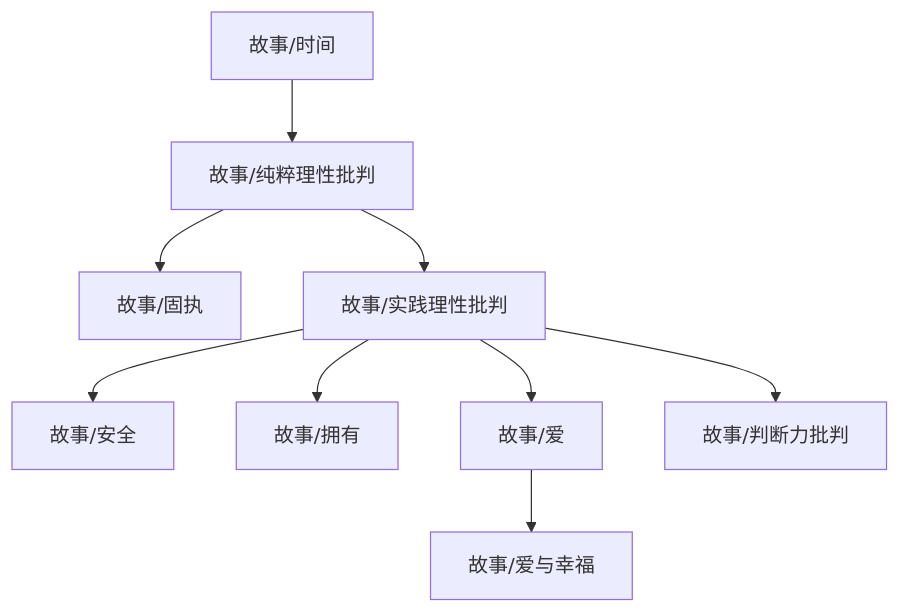
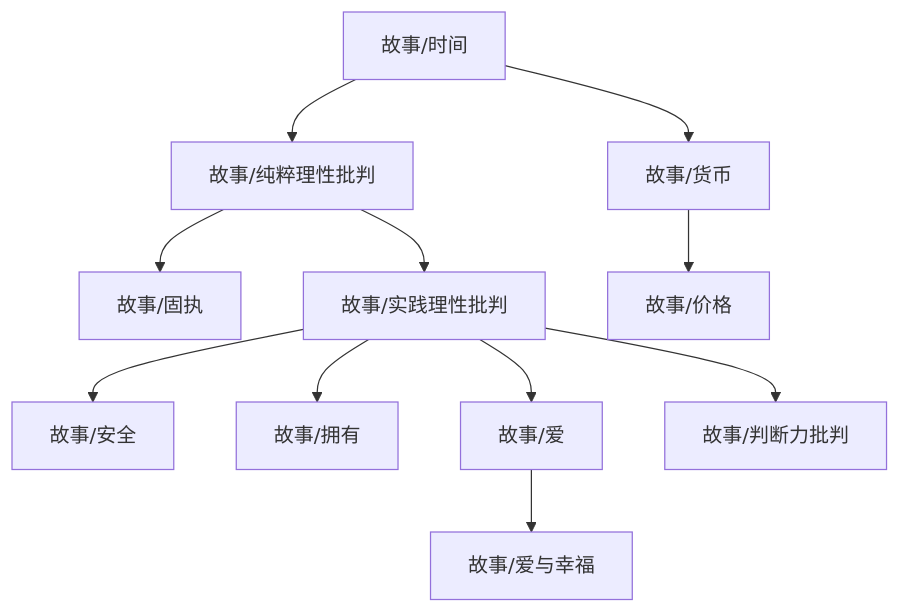
One commit to zeroDtree/zeroDtree.github.io changed the diagram in content/故事/dependency_graph.md. Above: the diagram before and after it, drawn with Mermaid. The commit also changed 5 other files, not shown here.

````diff
--- a/content/故事/dependency_graph.md
+++ b/content/故事/dependency_graph.md
@@ -1,11 +1,13 @@
 ```mermaid
 graph TD
 1["故事/纯粹理性批判"] --> 0["故事/固执"]
 1["故事/纯粹理性批判"] --> 2["故事/实践理性批判"]
 3["故事/时间"] --> 1["故事/纯粹理性批判"]
 2["故事/实践理性批判"] --> 4["故事/安全"]
 2["故事/实践理性批判"] --> 5["故事/拥有"]
 2["故事/实践理性批判"] --> 6["故事/爱"]
-6["故事/爱"] --> 8["故事/爱与幸福"]
-2["故事/实践理性批判"] --> 9["故事/判断力批判"]
+8["故事/货币"] --> 7["故事/价格"]
+6["故事/爱"] --> 10["故事/爱与幸福"]
+3["故事/时间"] --> 8["故事/货币"]
+2["故事/实践理性批判"] --> 11["故事/判断力批判"]
 ```
````
